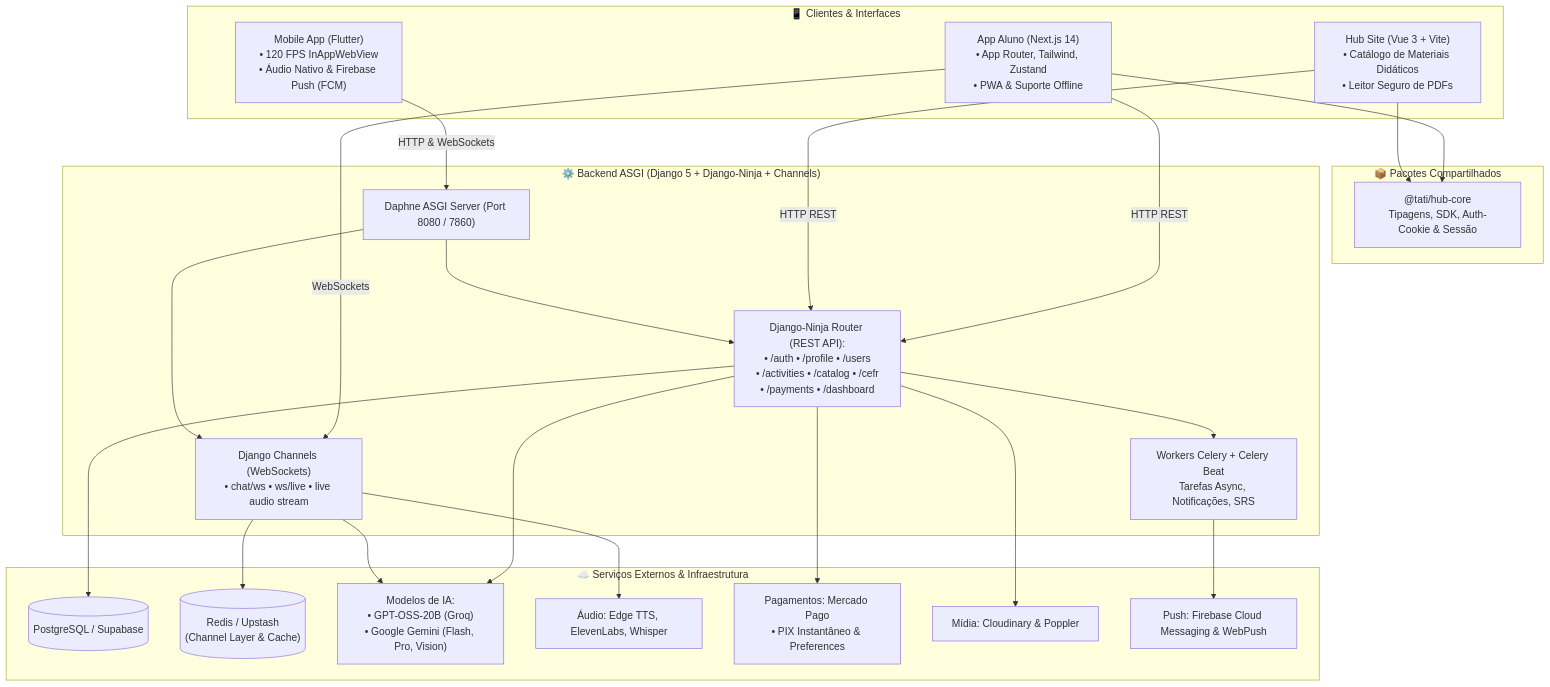
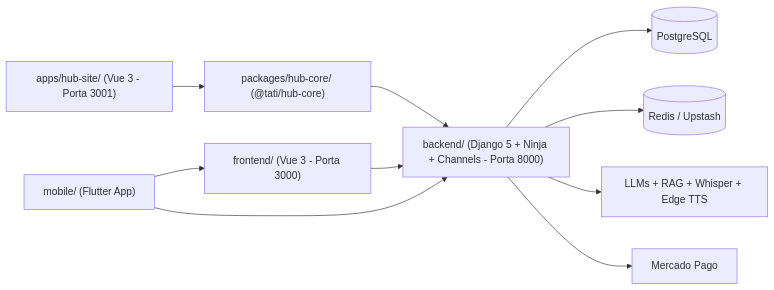
One commit to CAI0SAMPAI0/Tati_AI changed the diagram in readme.md. Above: the diagram before and after it, drawn with Mermaid. The commit also changed other lines of this file and 18 other files, not shown here.

````diff
--- a/readme.md
+++ b/readme.md
@@ -95,48 +42,12 @@
 ```mermaid
-flowchart TB
-    subgraph Clients["📱 Clientes & Interfaces"]
-        WEB["App Aluno (Next.js 14)<br/>• App Router, Tailwind, Zustand<br/>• PWA & Suporte Offline"]
-        HUB["Hub Site (Vue 3 + Vite)<br/>• Catálogo de Materiais Didáticos<br/>• Leitor Seguro de PDFs"]
-        MOB["Mobile App (Flutter)<br/>• 120 FPS InAppWebView<br/>• Áudio Nativo & Firebase Push (FCM)"]
-    end
-
-    subgraph Shared["📦 Pacotes Compartilhados"]
-        CORE["@tati/hub-core<br/>Tipagens, SDK, Auth-Cookie & Sessão"]
-    end
-
-    subgraph Backend["⚙️ Backend ASGI (Django 5 + Django-Ninja + Channels)"]
-        DAPHNE["Daphne ASGI Server (Port 8080 / 7860)"]
-        WS["Django Channels (WebSockets)<br/>• chat/ws • ws/live • live audio stream"]
-        REST["Django-Ninja Router (REST API):<br/>• /auth • /profile • /users<br/>• /activities • /catalog • /cefr<br/>• /payments • /dashboard"]
-        CELERY["Workers Celery + Celery Beat<br/>Tarefas Async, Notificações, SRS"]
-    end
-
-    subgraph CloudServices["☁️ Serviços Externos & Infraestrutura"]
-        SUPABASE[("PostgreSQL / Supabase")]
-        REDIS[("Redis / Upstash<br/>(Channel Layer & Cache)")]
-        AI["Modelos de IA:<br/>• GPT-OSS-20B (Groq)<br/>• Google Gemini (Flash, Pro, Vision)"]
-        TTS["Áudio: Edge TTS, ElevenLabs, Whisper"]
-        MP["Pagamentos: Mercado Pago<br/>• PIX Instantâneo & Preferences"]
-        STORAGE["Mídia: Cloudinary & Poppler"]
-        FCM["Push: Firebase Cloud Messaging & WebPush"]
-    end
-
-    WEB --> CORE
-    HUB --> CORE
-    WEB -- "HTTP REST" --> REST
-    WEB -- "WebSockets" --> WS
-    HUB -- "HTTP REST" --> REST
-    MOB -- "HTTP & WebSockets" --> DAPHNE
-
-    DAPHNE --> WS
-    DAPHNE --> REST
-    REST --> CELERY
-    REST --> SUPABASE
-    WS --> REDIS
-    REST --> AI
-    WS --> AI
-    WS --> TTS
-    REST --> MP
-    REST --> STORAGE
-    CELERY --> FCM
+flowchart LR
+    FE["frontend/ (Vue 3 - Porta 3000)"] --> API["backend/ (Django 5 + Ninja + Channels - Porta 8000)"]
+    HUB["apps/hub-site/ (Vue 3 - Porta 3001)"] --> CORE["packages/hub-core/ (@tati/hub-core)"]
+    CORE --> API
+    MOB["mobile/ (Flutter App)"] --> FE
+    MOB --> API
+    API --> PG[("PostgreSQL")]
+    API --> RD[("Redis / Upstash")]
+    API --> AI["LLMs + RAG + Whisper + Edge TTS"]
+    API --> MP["Mercado Pago"]
 ```
````
